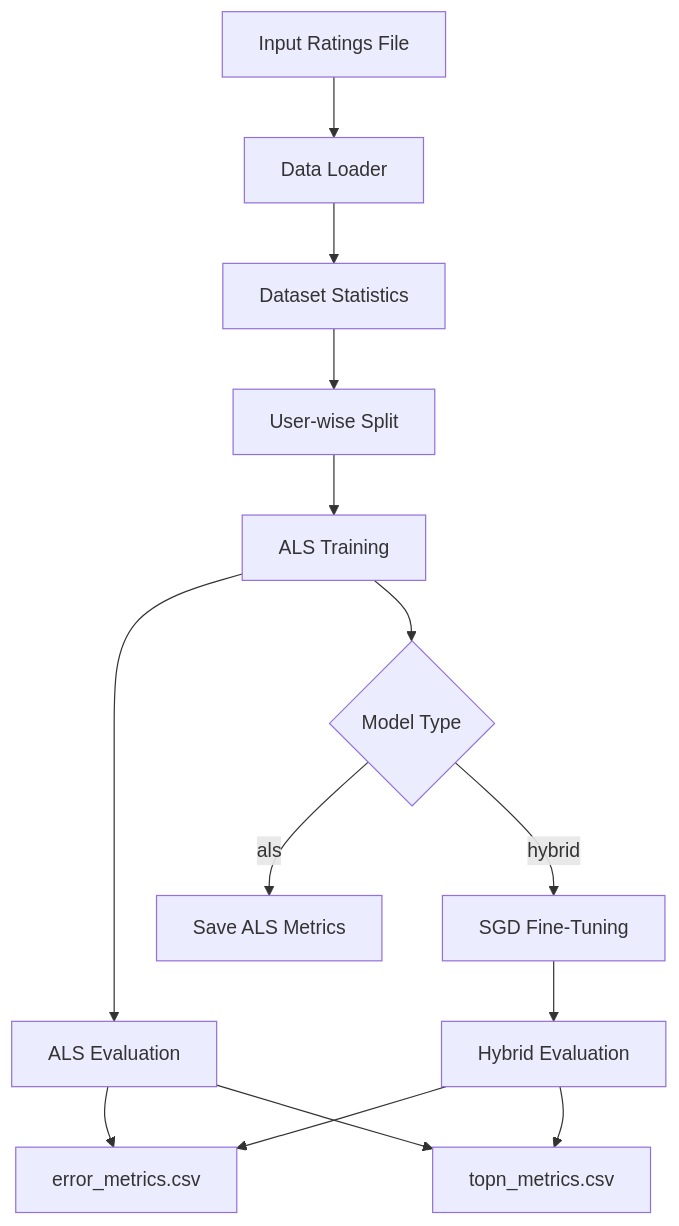
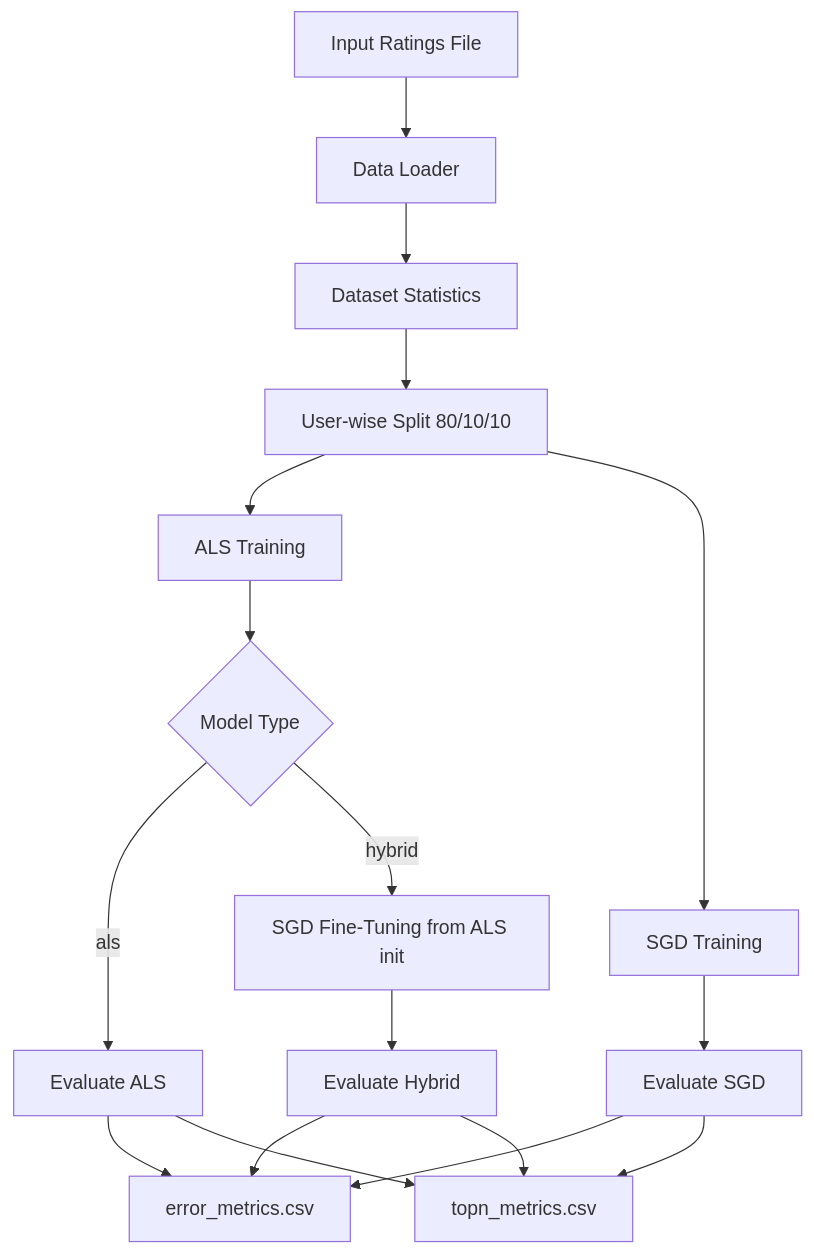
Before and after one commit to BasantesAndres/Hybrid-Matrix-Factorization-with-ALS-and-SGD: the diagram in README.md, drawn with Mermaid. The commit also changed other lines of this file, not shown here.

````diff
--- a/README.md
+++ b/README.md
@@ -75,16 +75,19 @@
 ```mermaid
 flowchart TD
     A[Input Ratings File] --> B[Data Loader]
     B --> C[Dataset Statistics]
-    C --> D[User-wise Split]
+    C --> D[User-wise Split 80/10/10]
     D --> E[ALS Training]
-    E --> F[ALS Evaluation]
+    D --> F[SGD Training]
     E --> G{Model Type}
-    G -->|als| H[Save ALS Metrics]
-    G -->|hybrid| I[SGD Fine-Tuning]
-    I --> J[Hybrid Evaluation]
-    F --> K[error_metrics.csv]
-    F --> L[topn_metrics.csv]
-    J --> K
+    G -->|als| H[Evaluate ALS]
+    G -->|hybrid| I[SGD Fine-Tuning from ALS init]
+    F --> J[Evaluate SGD]
+    I --> K[Evaluate Hybrid]
+    H --> L[error_metrics.csv]
+    H --> M[topn_metrics.csv]
     J --> L
+    J --> M
+    K --> L
+    K --> M
 ```
````
